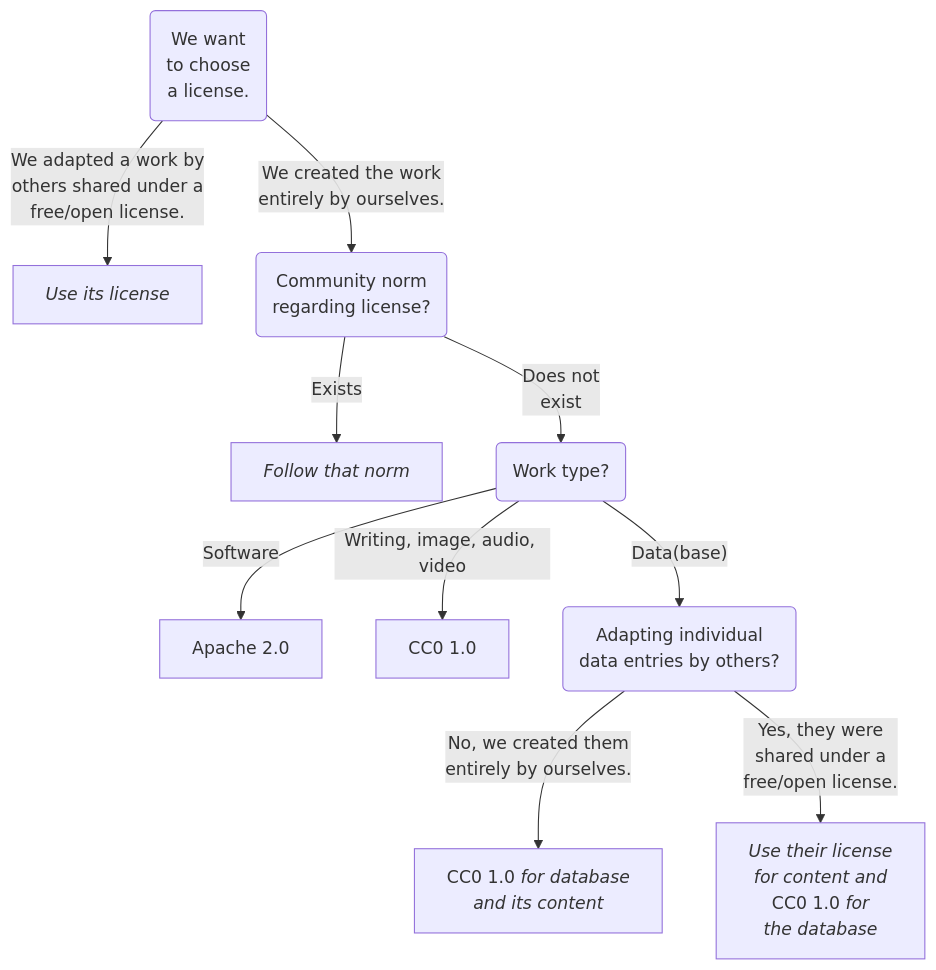
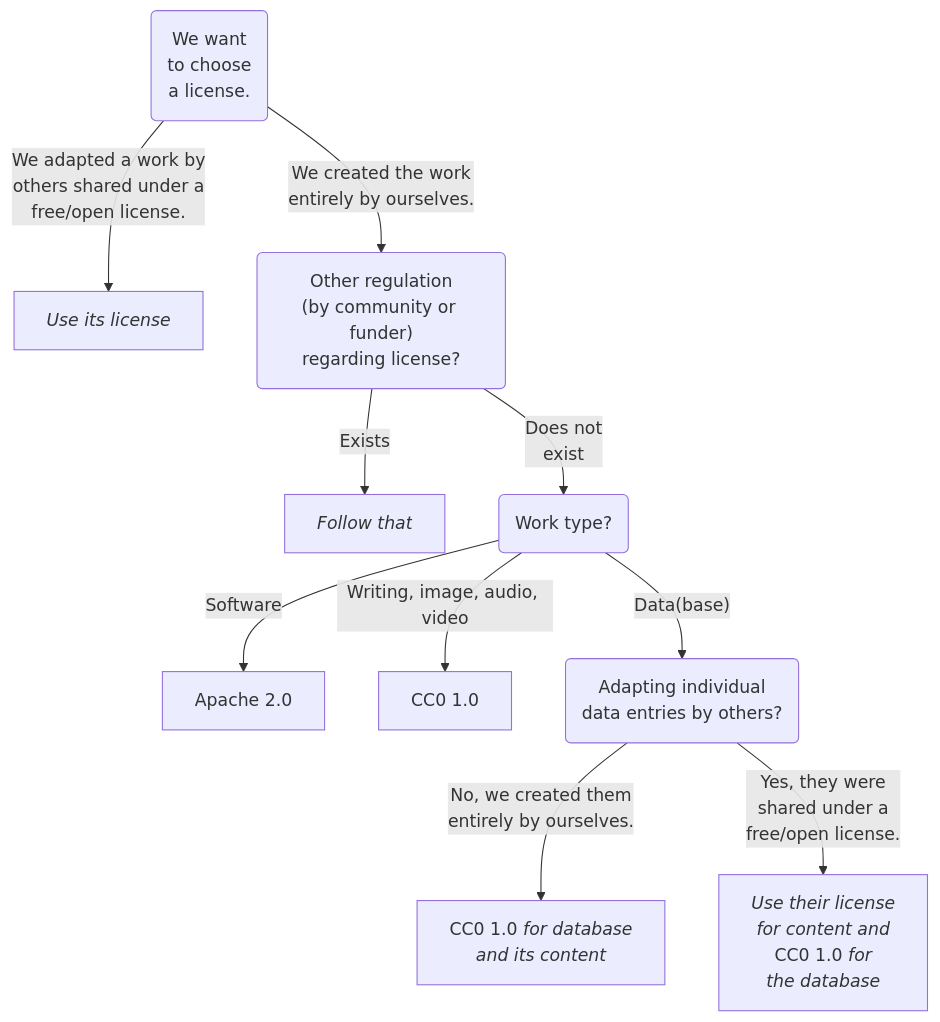
The first of 3 diagrams in choose_license.qmd (lmu-osc/code-publishing-short), drawn with Mermaid before and after one commit. The commit also changed other lines of this file, not shown here.

Commit message:
Mention regulation by funder

````diff
--- a/choose_license.qmd
+++ b/choose_license.qmd
@@ -100,19 +100,19 @@
 ```{mermaid}
 flowchart TB
   start("We want<br>to choose<br>a license.") --"We adapted a work by<br>others shared under a<br>free/open license."--> use_existing_license["<em>Use its license</em>"]
-  start --"We created the work<br>entirely by ourselves."--> norm("Community norm<br>regarding license?")
+  start --"We created the work<br>entirely by ourselves."--> regulation("Other regulation<br>(by community or funder)<br>regarding license?")
   
-  norm --"Exists"--> follow_existing_norms["<em>Follow that norm</em>"]
-  norm --"Does not<br>exist"--> type("Work type?")
+  regulation --"Exists"--> follow_existing_norms["<em>Follow that</em>"]
+  regulation --"Does not<br>exist"--> type("Work type?")
   
   type --"Software"--> apache["Apache 2.0"]
   type --"Writing, image, audio, video"--> cc0["CC0 1.0"]
   type --"Data(base)"--> existing_license_data("Adapting individual<br>data entries by others?")
   
   existing_license_data --"No, we created them<br>entirely by ourselves."--> cc0_data["CC0 1.0 <em>for database<br>and its content</em>"]
   existing_license_data --"Yes, they were<br>shared under a<br>free/open license."--> use_existing_license_data["<em>Use their license<br>for content and</em><br>CC0 1.0 <em>for<br>the database</em>"]
   
   click apache href "https://choosealicense.com/licenses/apache-2.0/"
   click cc0 href "https://creativecommons.org/publicdomain/zero/1.0/"
   click cc0_data href "https://creativecommons.org/publicdomain/zero/1.0/"
 ```
````
